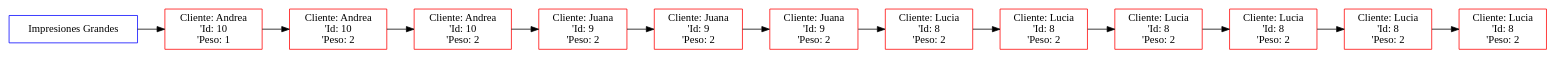
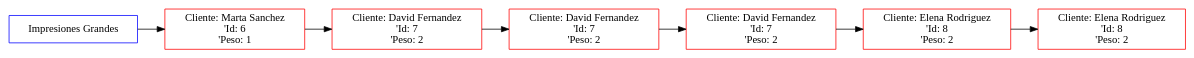
One commit to FranklinONP/EDD_PROYECTO_202200089 changed the diagram in Proyecto1/Proyecto1_202200089/Pruebas/PJ/grande.dot. Above: the diagram before and after it, drawn with Graphviz. The commit also changed 15 other files, not shown here.

```diff
--- a/Proyecto1/Proyecto1_202200089/Pruebas/PJ/grande.dot
+++ b/Proyecto1/Proyecto1_202200089/Pruebas/PJ/grande.dot
@@ -1,28 +1,16 @@
  digraph G {
  rankdir=LR;
  inicio [label="Impresiones Grandes", color="blue", shape="rectangle"];
- node1 [label="Cliente: Andrea\n'Id: 10\n'Peso: 1", color="red", shape="rectangle"];
+ node1 [label="Cliente: Marta Sanchez\n'Id: 6\n'Peso: 1", color="red", shape="rectangle"];
  inicio -> node1 [dir="forward"];
- node2 [label="Cliente: Andrea\n'Id: 10\n'Peso: 2", color="red", shape="rectangle"];
+ node2 [label="Cliente: David Fernandez\n'Id: 7\n'Peso: 2", color="red", shape="rectangle"];
  node1 -> node2 [dir="forward"];
- node3 [label="Cliente: Andrea\n'Id: 10\n'Peso: 2", color="red", shape="rectangle"];
+ node3 [label="Cliente: David Fernandez\n'Id: 7\n'Peso: 2", color="red", shape="rectangle"];
  node2 -> node3 [dir="forward"];
- node4 [label="Cliente: Juana\n'Id: 9\n'Peso: 2", color="red", shape="rectangle"];
+ node4 [label="Cliente: David Fernandez\n'Id: 7\n'Peso: 2", color="red", shape="rectangle"];
  node3 -> node4 [dir="forward"];
- node5 [label="Cliente: Juana\n'Id: 9\n'Peso: 2", color="red", shape="rectangle"];
+ node5 [label="Cliente: Elena Rodriguez\n'Id: 8\n'Peso: 2", color="red", shape="rectangle"];
  node4 -> node5 [dir="forward"];
- node6 [label="Cliente: Juana\n'Id: 9\n'Peso: 2", color="red", shape="rectangle"];
+ node6 [label="Cliente: Elena Rodriguez\n'Id: 8\n'Peso: 2", color="red", shape="rectangle"];
  node5 -> node6 [dir="forward"];
- node7 [label="Cliente: Lucia\n'Id: 8\n'Peso: 2", color="red", shape="rectangle"];
- node6 -> node7 [dir="forward"];
- node8 [label="Cliente: Lucia\n'Id: 8\n'Peso: 2", color="red", shape="rectangle"];
- node7 -> node8 [dir="forward"];
- node9 [label="Cliente: Lucia\n'Id: 8\n'Peso: 2", color="red", shape="rectangle"];
- node8 -> node9 [dir="forward"];
- node10 [label="Cliente: Lucia\n'Id: 8\n'Peso: 2", color="red", shape="rectangle"];
- node9 -> node10 [dir="forward"];
- node11 [label="Cliente: Lucia\n'Id: 8\n'Peso: 2", color="red", shape="rectangle"];
- node10 -> node11 [dir="forward"];
- node12 [label="Cliente: Lucia\n'Id: 8\n'Peso: 2", color="red", shape="rectangle"];
- node11 -> node12 [dir="forward"];
  }
```
